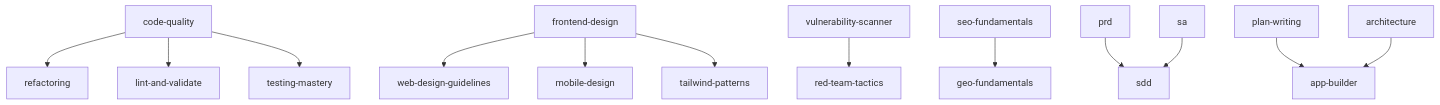
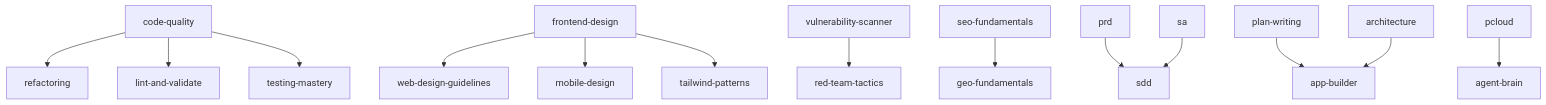
Before and after one commit to Tai-ch0802/skills-bundle: the diagram in README.md, drawn with Mermaid. The commit also changed other lines of this file and 21 other files, not shown here.

First line of the commit message:
feat: add pcloud and agent-brain skills

````diff
--- a/README.md
+++ b/README.md
@@ -92,15 +102,16 @@
 ```mermaid
 graph TD
     CQ[code-quality] --> REF[refactoring]
     CQ --> LV[lint-and-validate]
     CQ --> TM[testing-mastery]
     FD[frontend-design] --> WDG[web-design-guidelines]
     FD --> MD[mobile-design]
     FD --> TP[tailwind-patterns]
     VS[vulnerability-scanner] --> RT[red-team-tactics]
     SEO[seo-fundamentals] --> GEO[geo-fundamentals]
     PRD[prd] --> SDD[sdd]
     SA[sa] --> SDD
     PW[plan-writing] --> AB[app-builder]
     ARCH[architecture] --> AB
+    PC[pcloud] --> BRAIN[agent-brain]
 ```
````
